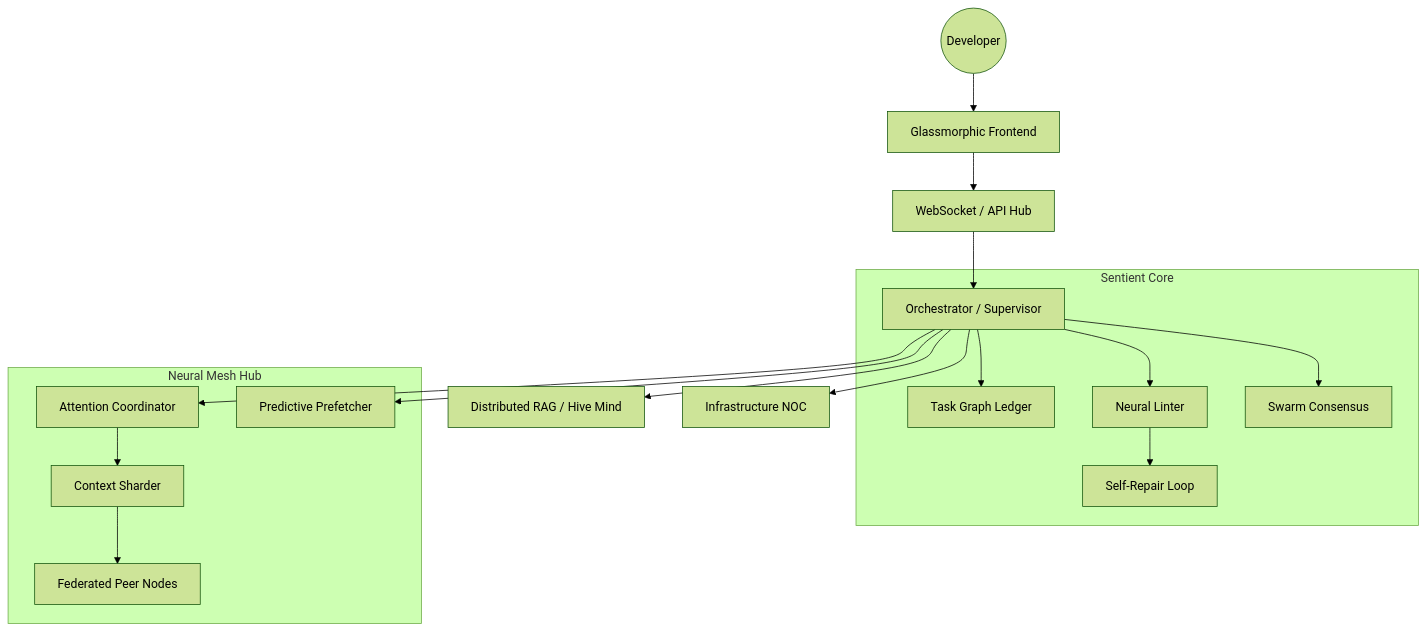
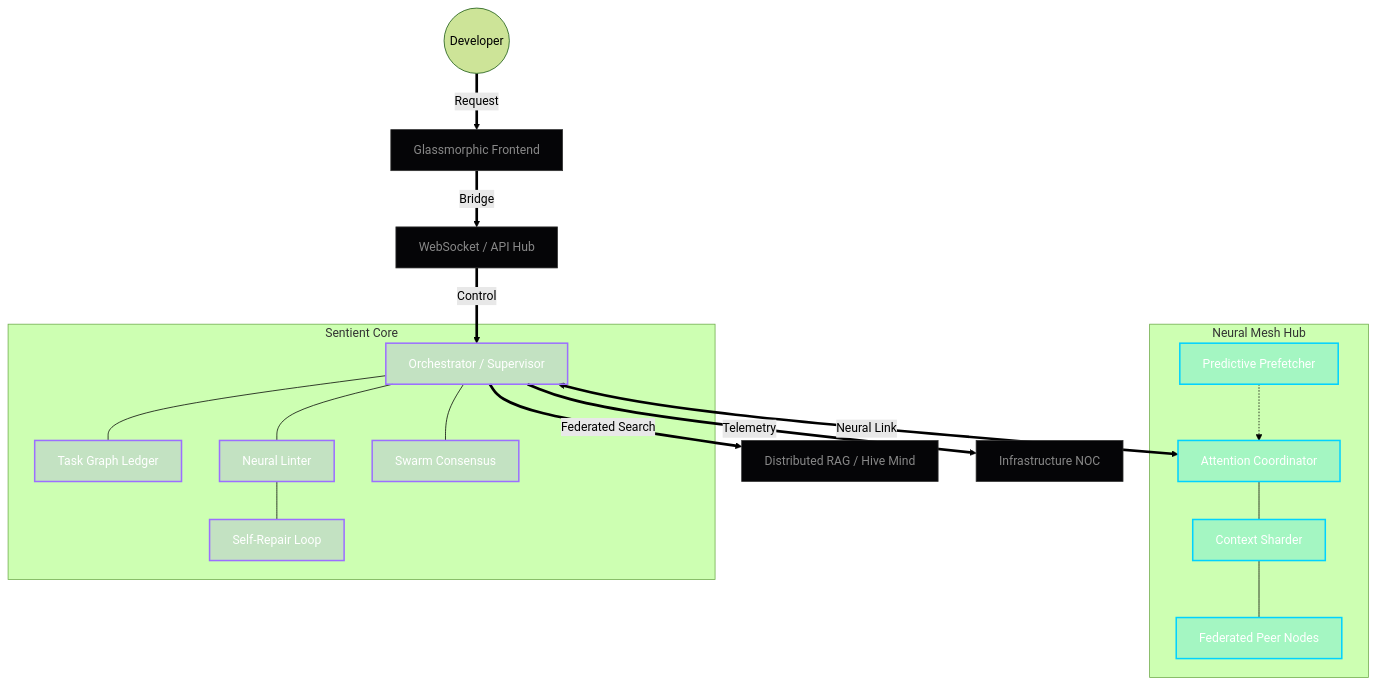
The diagram in README.md (RaveAgainstTheMachine/neurex), drawn with Mermaid (forest theme) before and after one commit. The commit also changed other lines of this file and 1 other file, not shown here.

Commit message:
[docs] feat: elevate architecture visualization with zoomable isometric 3D substrate

````diff
--- a/README.md
+++ b/README.md
@@ -59,23 +69,33 @@
 ```mermaid
-graph TD
-    User((Developer)) --> UI[Glassmorphic Frontend]
-    UI --> WS[WebSocket / API Hub]
-    WS --> ORCH[Orchestrator / Supervisor]
+flowchart TD
+    subgraph "Neural Mesh Hub"
+        POOL[Attention Coordinator] --- SHARD[Context Sharder]
+        SHARD --- PEERS[Federated Peer Nodes]
+        PREFETCH[Predictive Prefetcher] -.-> POOL
+    end
+
+    subgraph "Sentient Core"
+        ORCH[Orchestrator / Supervisor] --- TG[Task Graph Ledger]
+        ORCH --- LINT[Neural Linter]
+        LINT --- REPAIR[Self-Repair Loop]
+        ORCH --- CONS[Swarm Consensus]
+    end
+
+    User((Developer)) == Request ==> UI[Glassmorphic Frontend]
+    UI == Bridge ==> WS[WebSocket / API Hub]
+    WS == Control ==> ORCH
     
-    subgraph "Sentient Core"
-        ORCH --> TG[Task Graph Ledger]
-        ORCH --> LINT[Neural Linter]
-        LINT --> REPAIR[Self-Repair Loop]
-        ORCH --> CONS[Swarm Consensus]
-    end
+    ORCH == Federated Search ==> RAG[Distributed RAG / Hive Mind]
+    ORCH == Telemetry ==> NOC[Infrastructure NOC]
     
-    subgraph "Neural Mesh Hub"
-        ORCH --> POOL[Attention Coordinator]
-        POOL --> SHARD[Context Sharder]
-        SHARD --> PEERS[Federated Peer Nodes]
-        ORCH --> PREFETCH[Predictive Prefetcher]
-    end
+    ORCH <== Neural Link ==> POOL
+
+    %% Styling
+    classDef core fill:#9c6fff33,stroke:#9c6fff,stroke-width:2px,color:#fff
+    classDef mesh fill:#00d2ff33,stroke:#00d2ff,stroke-width:2px,color:#fff
+    classDef io fill:#050507,stroke:#333,stroke-width:1px,color:#888
     
-    ORCH --> RAG[Distributed RAG / Hive Mind]
-    ORCH --> NOC[Infrastructure NOC]
+    class ORCH,TG,LINT,REPAIR,CONS core
+    class POOL,SHARD,PEERS,PREFETCH mesh
+    class UI,WS,RAG,NOC io
 ```
````
